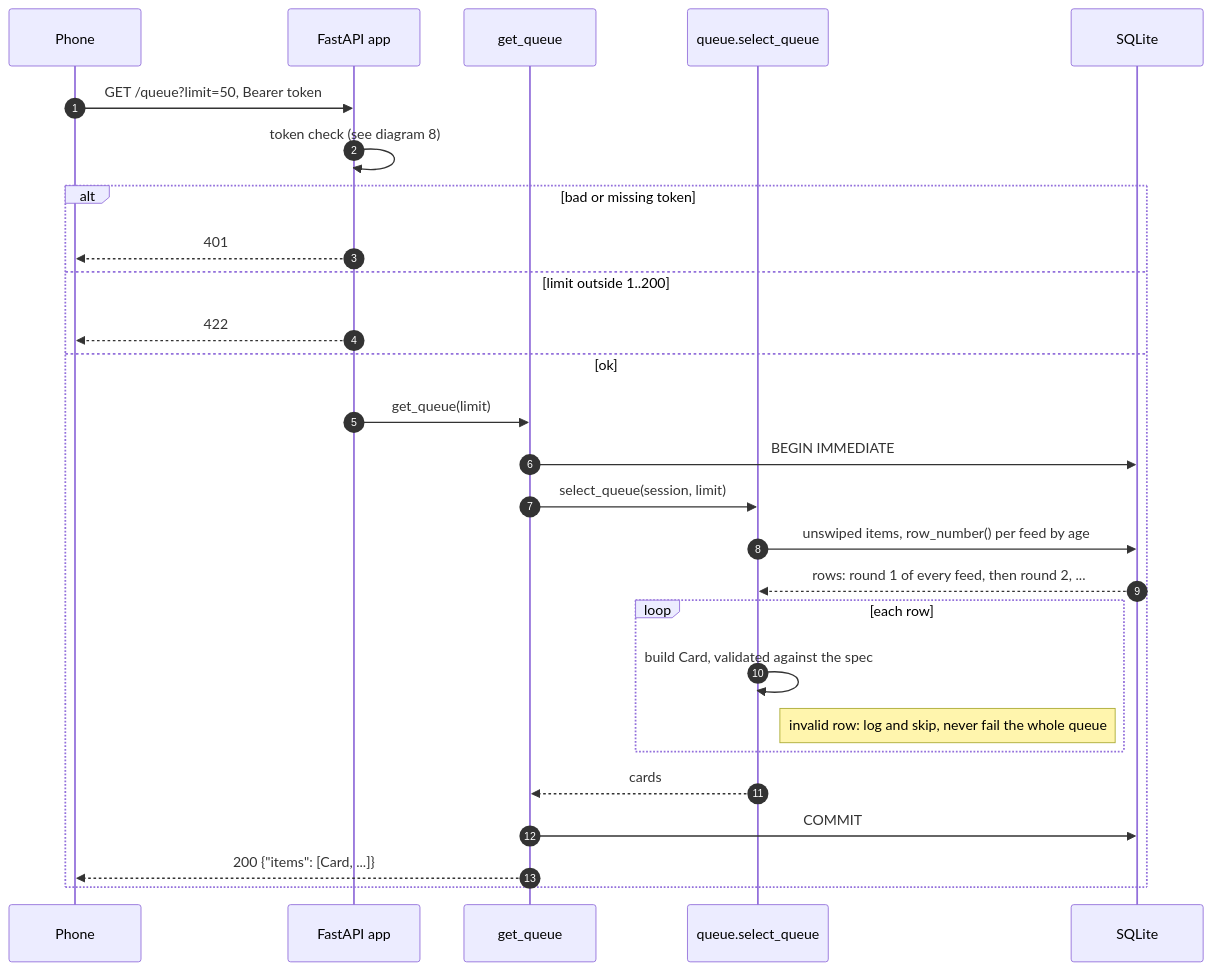
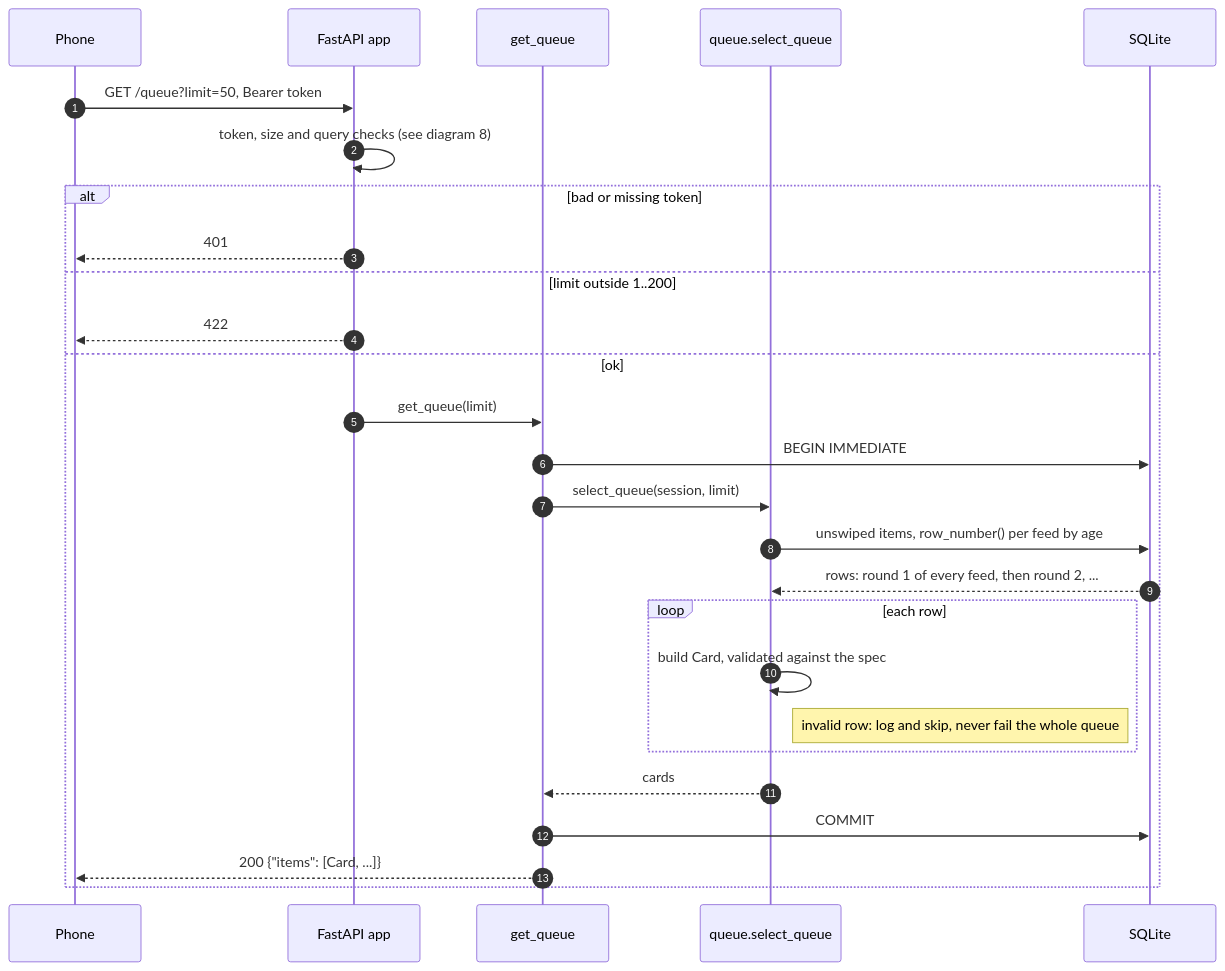
One commit to shanirub/swipe-rss-reader changed the ninth of 18 diagrams in docs/architecture.md. Above: the diagram before and after it, drawn with Mermaid. The commit also changed other lines of this file and 31 other files, not shown here.

````diff
--- a/docs/architecture.md
+++ b/docs/architecture.md
@@ -370,30 +372,30 @@
 ```mermaid
 sequenceDiagram
     autonumber
     participant phone as Phone
     participant app as FastAPI app
     participant route as get_queue
     participant queue as queue.select_queue
     participant db as SQLite
 
     phone->>app: GET /queue?limit=50, Bearer token
-    app->>app: token check (see diagram 8)
+    app->>app: token, size and query checks (see diagram 8)
     alt bad or missing token
         app-->>phone: 401
     else limit outside 1..200
         app-->>phone: 422
     else ok
         app->>route: get_queue(limit)
         route->>db: BEGIN IMMEDIATE
         route->>queue: select_queue(session, limit)
         queue->>db: unswiped items, row_number() per feed by age
         db-->>queue: rows: round 1 of every feed, then round 2, ...
         loop each row
             queue->>queue: build Card, validated against the spec
             Note right of queue: invalid row: log and skip, never fail the whole queue
         end
         queue-->>route: cards
         route->>db: COMMIT
         route-->>phone: 200 {"items": [Card, ...]}
     end
 ```
````
